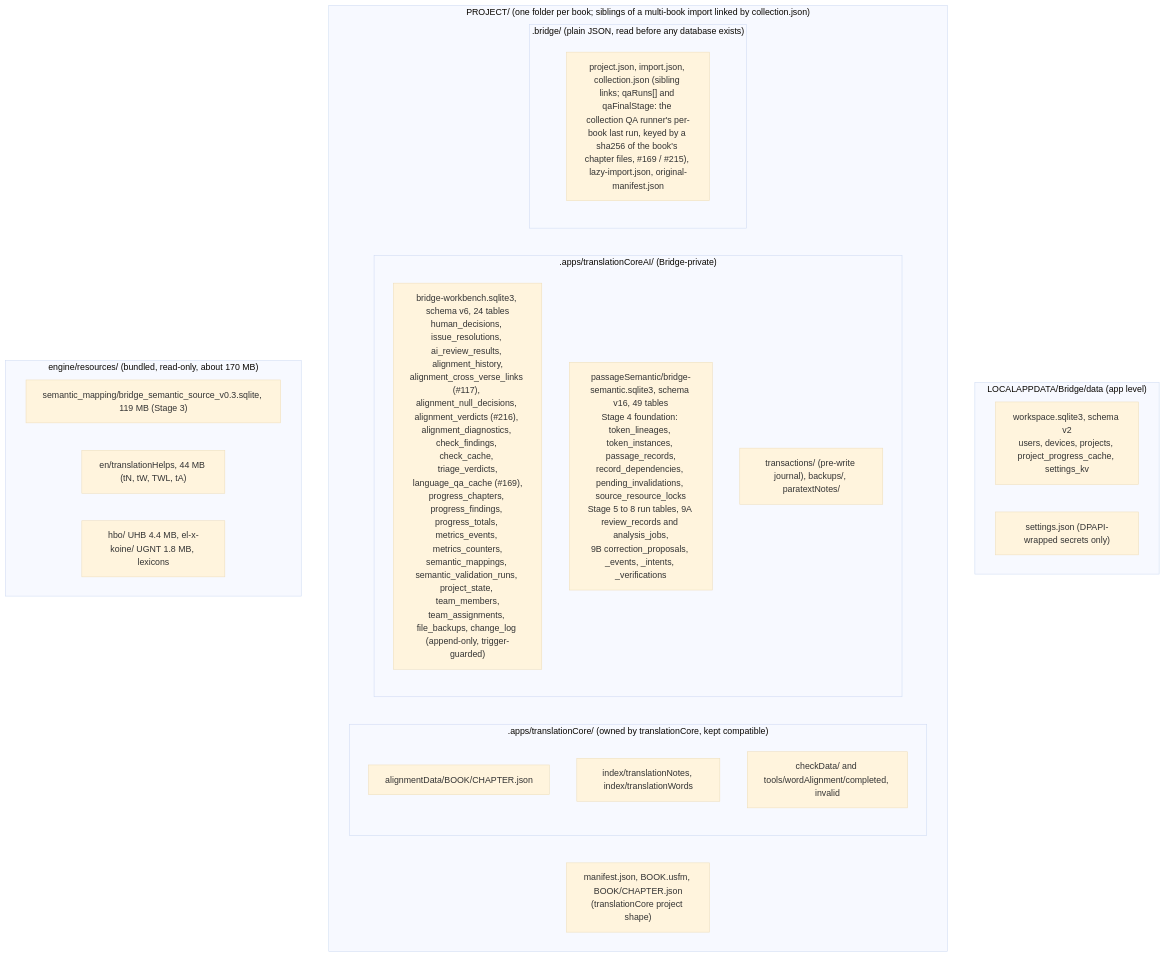
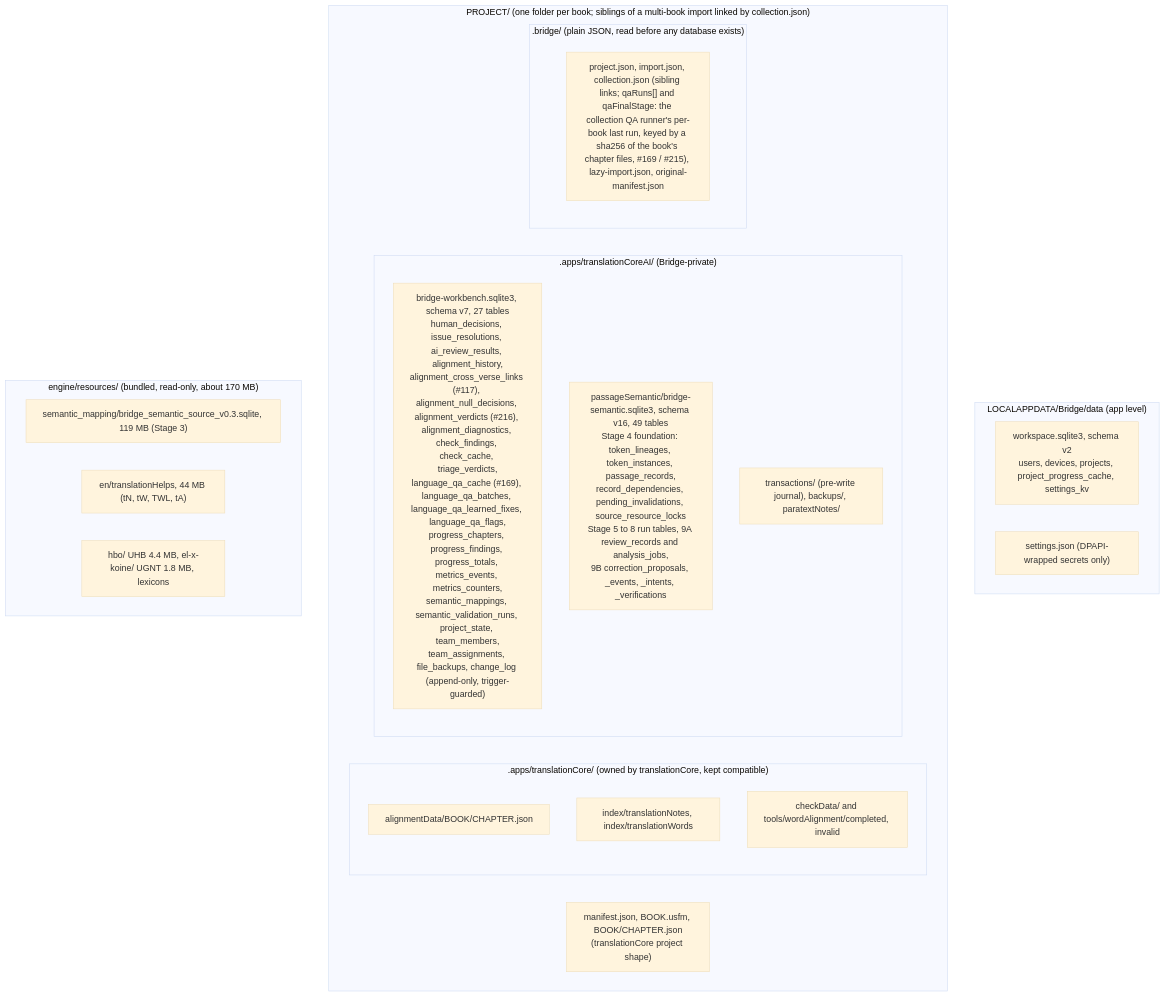
One commit to selvabenz/Bridge changed the second of 4 diagrams in docs/ARCHITECTURE.md. Above: the diagram before and after it, drawn with Mermaid (base theme). The commit also changed other lines of this file and 7 other files, not shown here.

````diff
--- a/docs/ARCHITECTURE.md
+++ b/docs/ARCHITECTURE.md
@@ -102,28 +102,28 @@
 ```mermaid
 flowchart TB
   subgraph App["LOCALAPPDATA/Bridge/data (app level)"]
     WS["workspace.sqlite3, schema v2<br/>users, devices, projects, project_progress_cache, settings_kv"]
     SJ["settings.json (DPAPI-wrapped secrets only)"]
   end
   subgraph Proj["PROJECT/ (one folder per book; siblings of a multi-book import linked by collection.json)"]
     M["manifest.json, BOOK.usfm, BOOK/CHAPTER.json<br/>(translationCore project shape)"]
     subgraph TCdir[".apps/translationCore/ (owned by translationCore, kept compatible)"]
       AD["alignmentData/BOOK/CHAPTER.json"]
       IDX["index/translationNotes, index/translationWords"]
       CD["checkData/ and tools/wordAlignment/completed, invalid"]
     end
     subgraph AIdir[".apps/translationCoreAI/ (Bridge-private)"]
-      WB["bridge-workbench.sqlite3, schema v6, 24 tables<br/>human_decisions, issue_resolutions, ai_review_results, alignment_history,<br/>alignment_cross_verse_links (#117), alignment_null_decisions, alignment_verdicts (#216), alignment_diagnostics, check_findings, check_cache, triage_verdicts,<br/>language_qa_cache (#169),<br/>progress_chapters, progress_findings, progress_totals, metrics_events, metrics_counters,<br/>semantic_mappings, semantic_validation_runs, project_state, team_members,<br/>team_assignments, file_backups, change_log (append-only, trigger-guarded)"]
+      WB["bridge-workbench.sqlite3, schema v7, 27 tables<br/>human_decisions, issue_resolutions, ai_review_results, alignment_history,<br/>alignment_cross_verse_links (#117), alignment_null_decisions, alignment_verdicts (#216), alignment_diagnostics, check_findings, check_cache, triage_verdicts,<br/>language_qa_cache (#169), language_qa_batches, language_qa_learned_fixes, language_qa_flags,<br/>progress_chapters, progress_findings, progress_totals, metrics_events, metrics_counters,<br/>semantic_mappings, semantic_validation_runs, project_state, team_members,<br/>team_assignments, file_backups, change_log (append-only, trigger-guarded)"]
       SEM["passageSemantic/bridge-semantic.sqlite3, schema v16, 49 tables<br/>Stage 4 foundation: token_lineages, token_instances, passage_records,<br/>record_dependencies, pending_invalidations, source_resource_locks<br/>Stage 5 to 8 run tables, 9A review_records and analysis_jobs,<br/>9B correction_proposals, _events, _intents, _verifications"]
       TX["transactions/ (pre-write journal), backups/, paratextNotes/"]
     end
     subgraph Bdir[".bridge/ (plain JSON, read before any database exists)"]
       BJ["project.json, import.json, collection.json (sibling links; qaRuns[] and qaFinalStage: the collection QA runner's per-book last run, keyed by a sha256 of the book's chapter files, #169 / #215), lazy-import.json, original-manifest.json"]
     end
   end
   subgraph Res["engine/resources/ (bundled, read-only, about 170 MB)"]
     R1["semantic_mapping/bridge_semantic_source_v0.3.sqlite, 119 MB (Stage 3)"]
     R2["en/translationHelps, 44 MB (tN, tW, TWL, tA)"]
     R3["hbo/ UHB 4.4 MB, el-x-koine/ UGNT 1.8 MB, lexicons"]
   end
 ```
````
